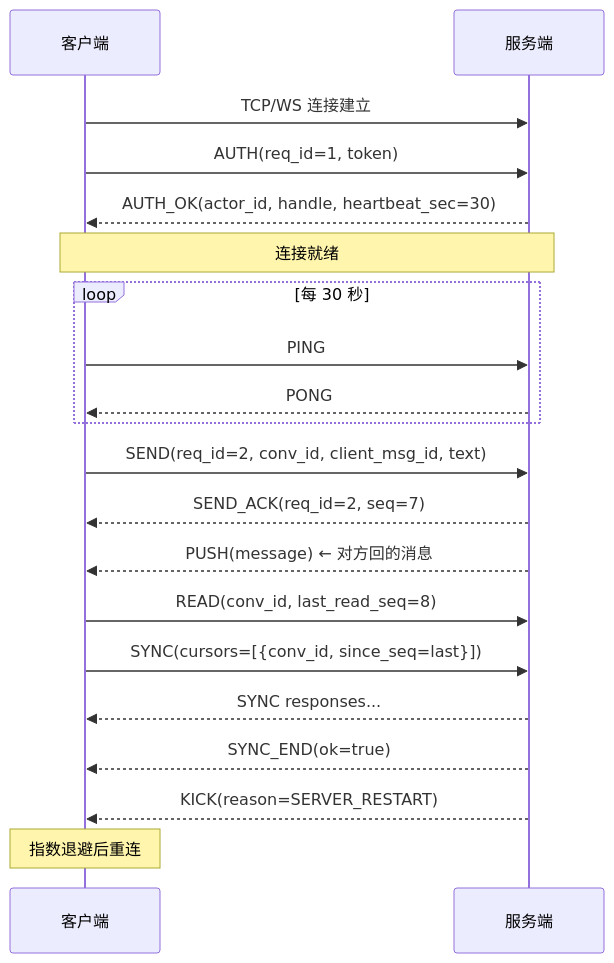
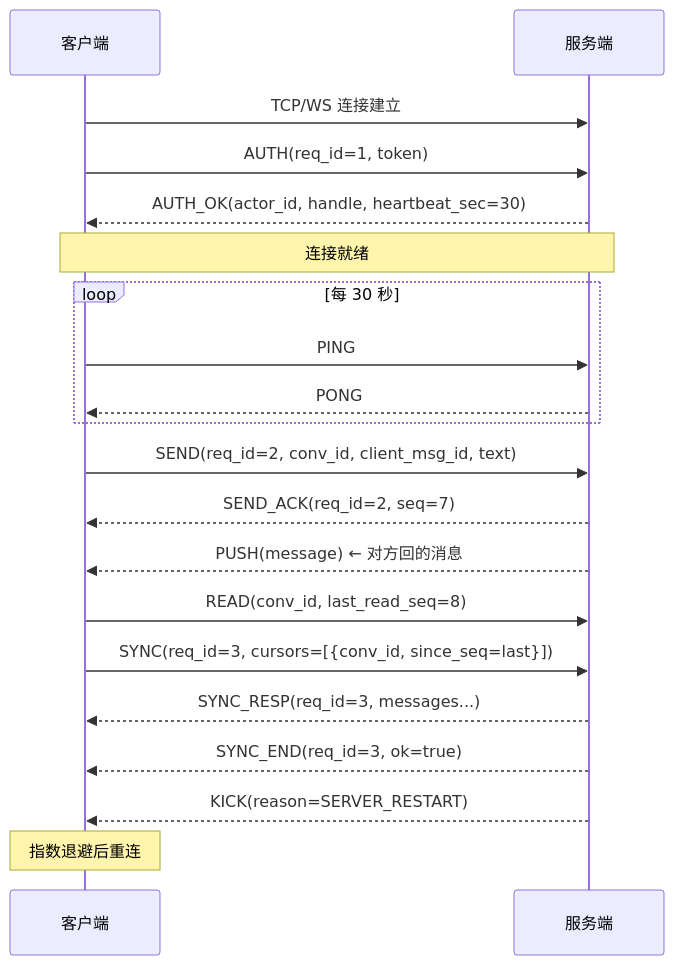
Before and after one commit to beyondalbert/tm_im: the diagram in docs/integration/04-realtime.md, drawn with Mermaid. The commit also changed other lines of this file and 13 other files, not shown here.

````diff
--- a/docs/integration/04-realtime.md
+++ b/docs/integration/04-realtime.md
@@ -310,27 +421,27 @@
 ```mermaid
 sequenceDiagram
   participant C as 客户端
   participant S as 服务端
 
   C->>S: TCP/WS 连接建立
   C->>S: AUTH(req_id=1, token)
   S-->>C: AUTH_OK(actor_id, handle, heartbeat_sec=30)
   Note over C,S: 连接就绪
 
   loop 每 30 秒
     C->>S: PING
     S-->>C: PONG
   end
 
   C->>S: SEND(req_id=2, conv_id, client_msg_id, text)
   S-->>C: SEND_ACK(req_id=2, seq=7)
   S-->>C: PUSH(message)          ← 对方回的消息
   C->>S: READ(conv_id, last_read_seq=8)
 
-  C->>S: SYNC(cursors=[{conv_id, since_seq=last}])
-  S-->>C: SYNC responses...
-  S-->>C: SYNC_END(ok=true)
+  C->>S: SYNC(req_id=3, cursors=[{conv_id, since_seq=last}])
+  S-->>C: SYNC_RESP(req_id=3, messages...)
+  S-->>C: SYNC_END(req_id=3, ok=true)
 
   S-->>C: KICK(reason=SERVER_RESTART)
   Note over C: 指数退避后重连
 ```
````
